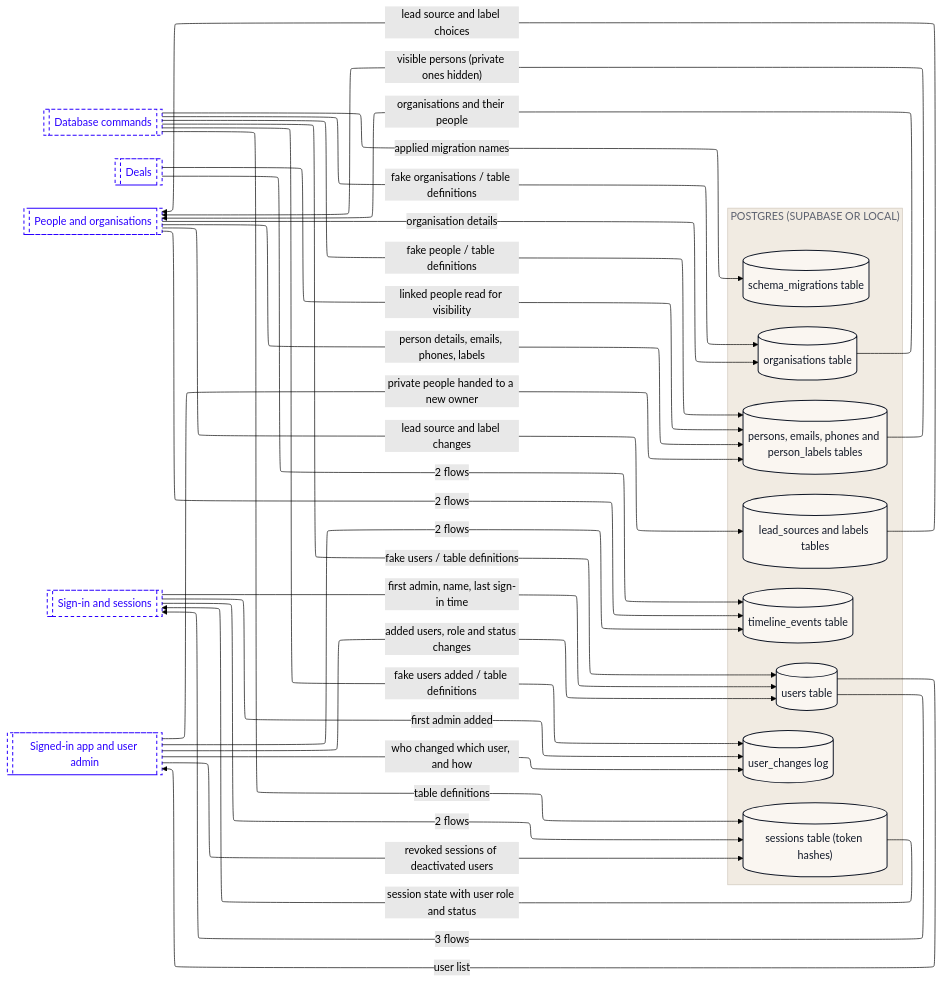
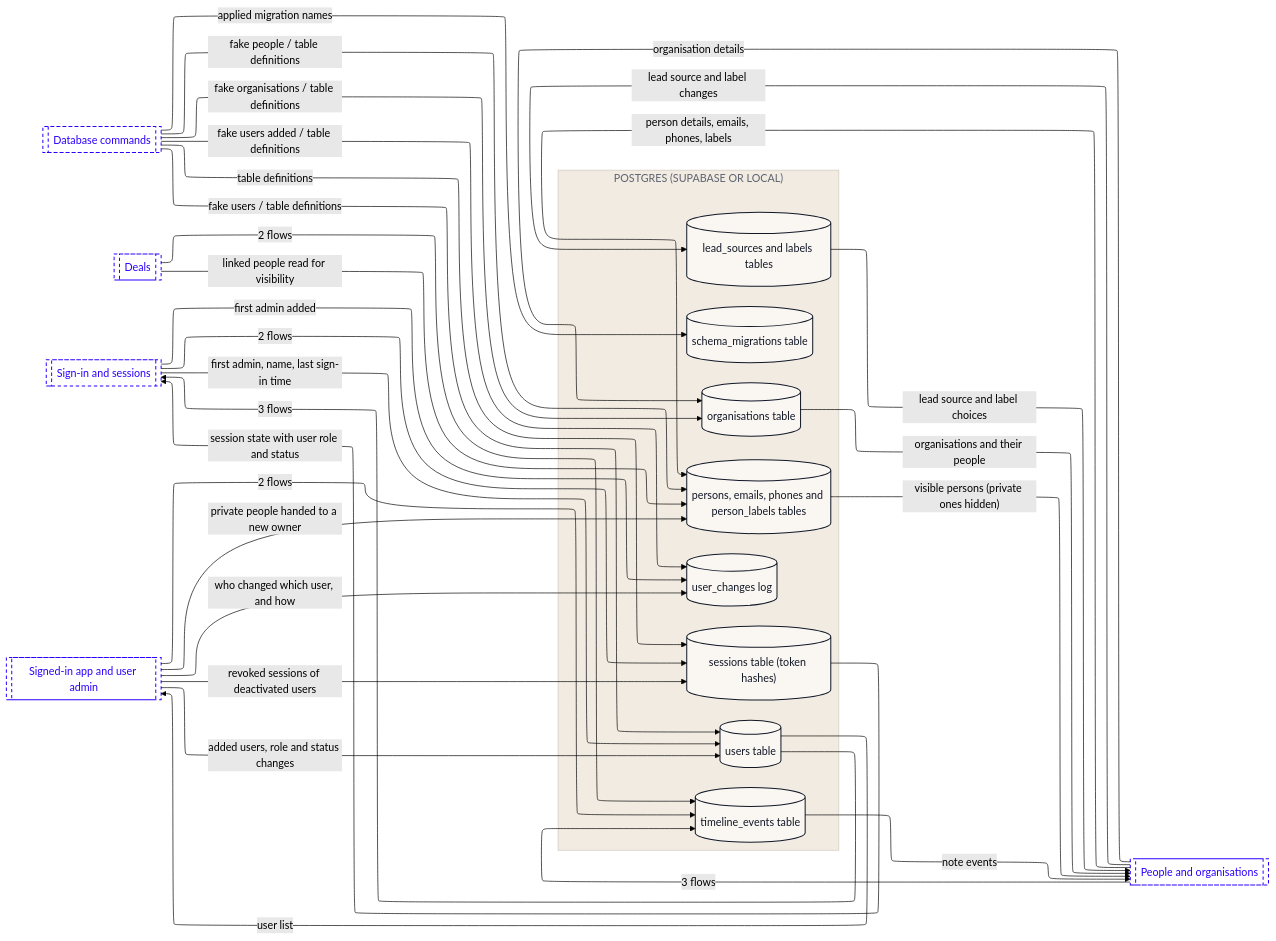
One commit to Romain-Perche/Barnacle-Pipe changed the third of 10 diagrams in dataflow/DATAFLOW.md. Above: the diagram before and after it, drawn with Mermaid (forest theme). The commit also changed other lines of this file and 13 other files, not shown here.

````diff
--- a/dataflow/DATAFLOW.md
+++ b/dataflow/DATAFLOW.md
@@ -142,57 +144,58 @@
 ```mermaid
 ---
 config:
   layout: elk
 ---
 flowchart LR
     subgraph z1["POSTGRES (SUPABASE OR LOCAL)"]
         n1[("lead_sources and labels tables")]
         n2[("organisations table")]
         n3[("persons, emails, phones and person_labels tables")]
         n4[("schema_migrations table")]
         n5[("sessions table (token hashes)")]
         n6[("timeline_events table")]
         n7[("user_changes log")]
         n8[("users table")]
     end
     n9[["Database commands"]]
     n10[["Deals"]]
     n11[["People and organisations"]]
     n12[["Sign-in and sessions"]]
     n13[["Signed-in app and user admin"]]
     n11 -->|"lead source and label changes"| n1
     n1 -->|"lead source and label choices"| n11
     n12 -->|"2 flows"| n5
     n12 -->|"first admin added"| n7
     n12 -->|"first admin, name, last sign-in time"| n8
     n10 -->|"linked people read for visibility"| n3
     n10 -->|"2 flows"| n6
     n9 -->|"fake organisations / table definitions"| n2
     n9 -->|"fake people / table definitions"| n3
     n9 -->|"applied migration names"| n4
     n9 -->|"table definitions"| n5
     n9 -->|"fake users added / table definitions"| n7
     n9 -->|"fake users / table definitions"| n8
+    n11 -->|"3 flows"| n6
     n11 -->|"organisation details"| n2
-    n11 -->|"2 flows"| n6
     n2 -->|"organisations and their people"| n11
     n11 -->|"person details, emails, phones, labels"| n3
     n3 -->|"visible persons (private ones hidden)"| n11
     n5 -->|"session state with user role and status"| n12
+    n6 -->|"note events"| n11
     n13 -->|"private people handed to a new owner"| n3
     n13 -->|"revoked sessions of deactivated users"| n5
     n13 -->|"2 flows"| n6
     n13 -->|"who changed which user, and how"| n7
     n13 -->|"added users, role and status changes"| n8
     n8 -->|"3 flows"| n12
     n8 -->|"user list"| n13
     classDef actor fill:#FFFFFF,stroke:#111827,stroke-width:1px,color:#111827
     classDef process fill:#EDEAFF,stroke:#2B00FF,stroke-width:1.5px,color:#111827
     classDef store fill:#FAF6F1,stroke:#111827,stroke-width:1.5px,color:#111827
     classDef zone fill:#1A1A1A,stroke:#1A1A1A,color:#FFFFFF
     classDef group fill:#2B00FF,stroke:#2B00FF,color:#FFFFFF
     classDef stub fill:#FFFFFF,stroke:#2B00FF,stroke-width:1.5px,stroke-dasharray:5 4,color:#2B00FF
     class n1,n2,n3,n4,n5,n6,n7,n8 store
     class n9,n10,n11,n12,n13 stub
     style z1 fill:#F1EBE2,stroke:#CFC7BB,color:#5D6270
 ```
````
